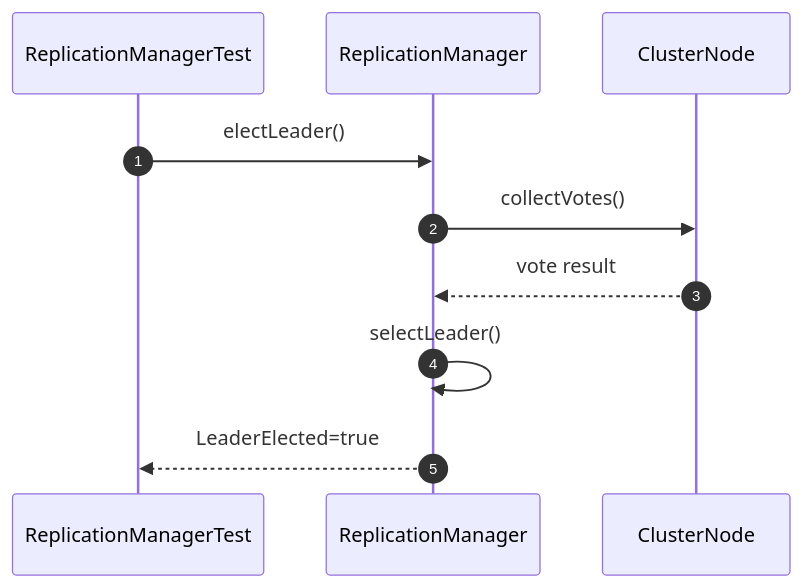
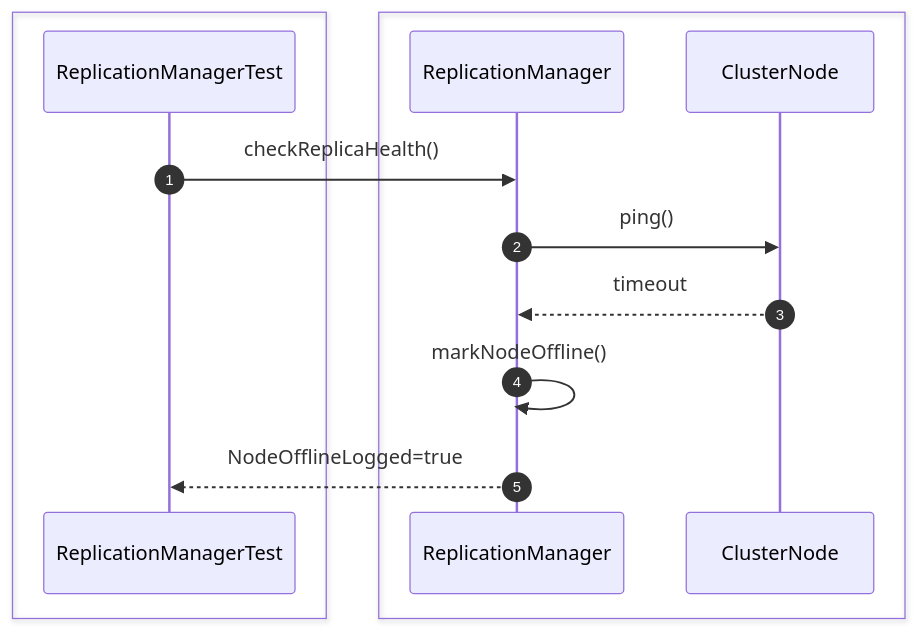
Before and after one commit to Huy1801214/dbms-architecture: the fourth of 26 diagrams in src/sequence/replication.md, drawn with Mermaid. The commit also changed other lines of this file and 10 other files, not shown here.

Commit message:
add comprehensive sequence diagrams and documentation for system architecture and unit testing specifications

````diff
--- a/src/sequence/replication.md
+++ b/src/sequence/replication.md
@@ -46,17 +65,18 @@
-```mermaid 
+```mermaid
 sequenceDiagram
     autonumber
+
+    box #e1f5fe Test Suite
     participant Test as ReplicationManagerTest
-    participant Replication as ReplicationManager
+    end
+    box #ffebee Replication Components
+    participant Manager as ReplicationManager
     participant Node as ClusterNode
+    end
 
-    Test->>Replication: electLeader()
-
-    Replication->>Node: collectVotes()
-
-    Node-->>Replication: vote result
-
-    Replication->>Replication: selectLeader()
-
-    Replication-->>Test: LeaderElected=true
+    Test->>Manager: checkReplicaHealth()
+    Manager->>Node: ping()
+    Node-->>Manager: timeout
+    Manager->>Manager: markNodeOffline()
+    Manager-->>Test: NodeOfflineLogged=true
 ```
````
